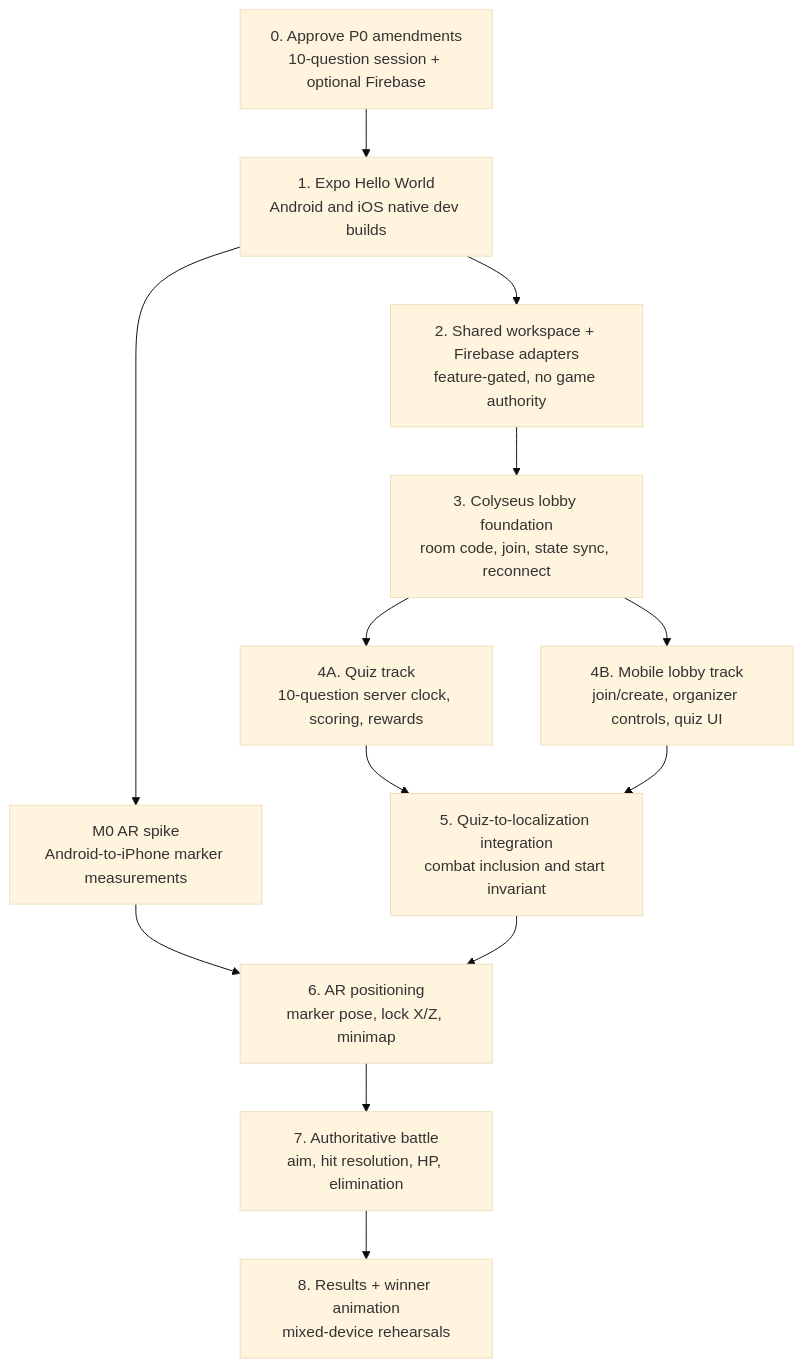
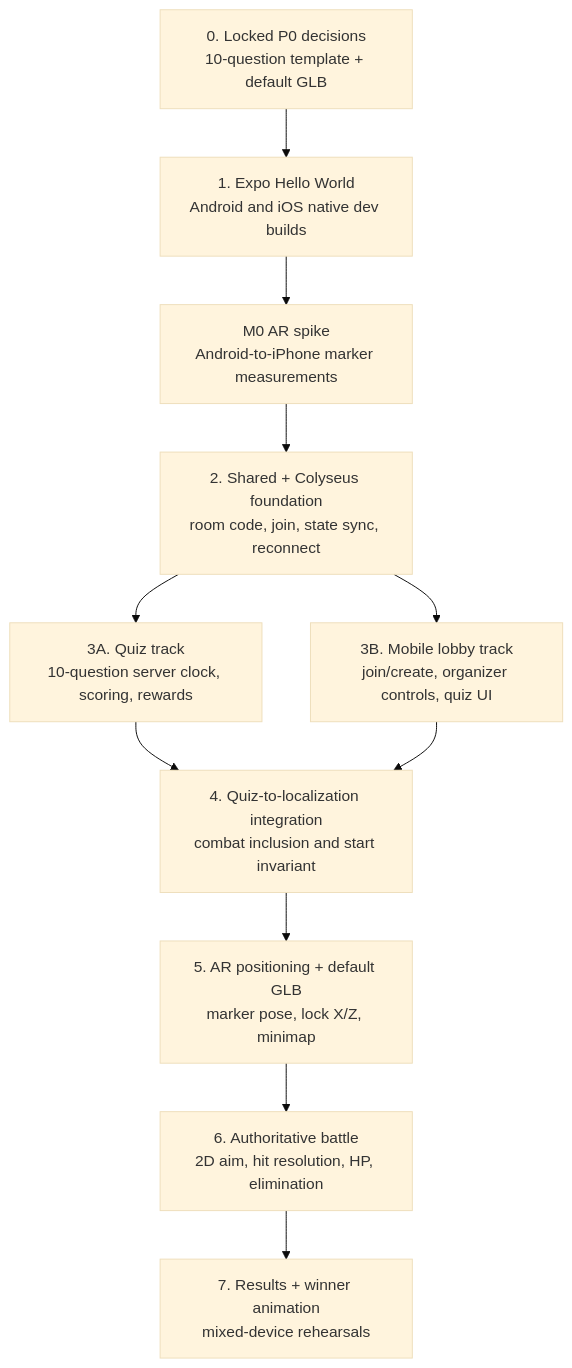
Before and after one commit to Vaibtan/CodexWars: the diagram in docs/IMPLEMENTATION_PLAN.md, drawn with Mermaid (base theme). The commit also changed other lines of this file and 13 other files, not shown here.

Commit message:
docs: lock P0 GLB architecture

````diff
--- a/docs/IMPLEMENTATION_PLAN.md
+++ b/docs/IMPLEMENTATION_PLAN.md
@@ -25,23 +25,20 @@
 ```mermaid
 flowchart TD
-    A["0. Approve P0 amendments<br/>10-question session + optional Firebase"]
+    A["0. Locked P0 decisions<br/>10-question template + default GLB"]
     B["1. Expo Hello World<br/>Android and iOS native dev builds"]
-    C["2. Shared workspace + Firebase adapters<br/>feature-gated, no game authority"]
-    D["3. Colyseus lobby foundation<br/>room code, join, state sync, reconnect"]
-    E["M0 AR spike<br/>Android-to-iPhone marker measurements"]
-    F["4A. Quiz track<br/>10-question server clock, scoring, rewards"]
-    G["4B. Mobile lobby track<br/>join/create, organizer controls, quiz UI"]
-    H["5. Quiz-to-localization integration<br/>combat inclusion and start invariant"]
-    I["6. AR positioning<br/>marker pose, lock X/Z, minimap"]
-    J["7. Authoritative battle<br/>aim, hit resolution, HP, elimination"]
-    K["8. Results + winner animation<br/>mixed-device rehearsals"]
+    C["M0 AR spike<br/>Android-to-iPhone marker measurements"]
+    D["2. Shared + Colyseus foundation<br/>room code, join, state sync, reconnect"]
+    E["3A. Quiz track<br/>10-question server clock, scoring, rewards"]
+    F["3B. Mobile lobby track<br/>join/create, organizer controls, quiz UI"]
+    G["4. Quiz-to-localization integration<br/>combat inclusion and start invariant"]
+    H["5. AR positioning + default GLB<br/>marker pose, lock X/Z, minimap"]
+    I["6. Authoritative battle<br/>2D aim, hit resolution, HP, elimination"]
+    J["7. Results + winner animation<br/>mixed-device rehearsals"]
 
     A --> B --> C --> D
-    B --> E
+    D --> E
     D --> F
-    D --> G
-    E --> I
-    F --> H
-    G --> H
-    H --> I --> J --> K
+    E --> G
+    F --> G
+    G --> H --> I --> J
 ```
````
